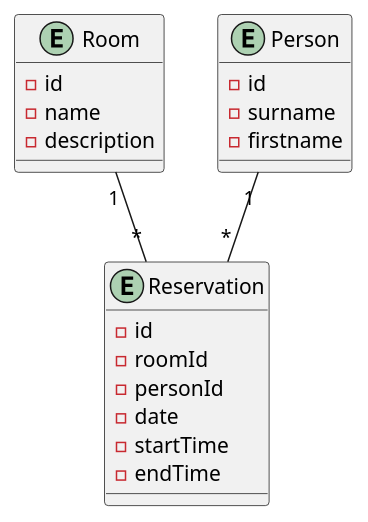
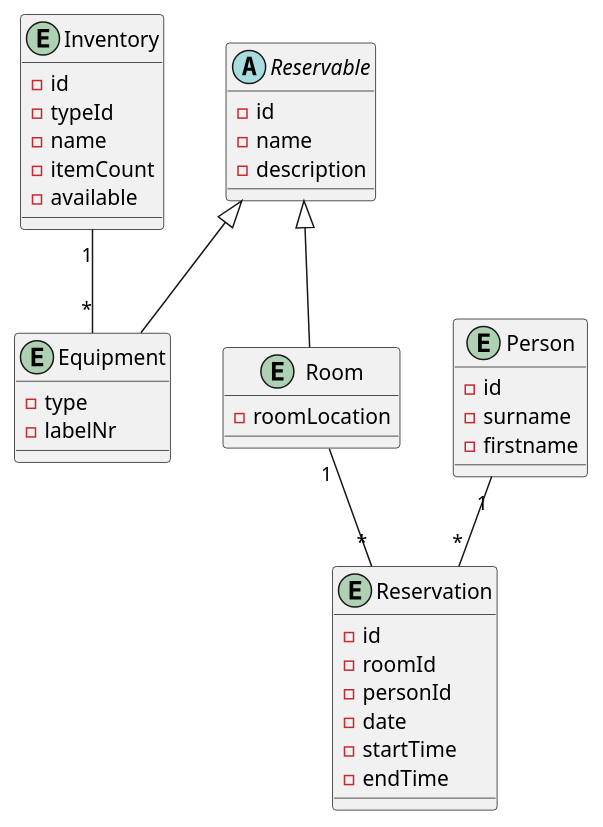
One commit to S-Stoeger/OmniaL changed the diagram in dokument/datenmodel.puml. Above: the diagram before and after it, drawn with PlantUML.

Commit message:
updated data model

```diff
--- a/dokument/datenmodel.puml
+++ b/dokument/datenmodel.puml
@@ -1,30 +1,49 @@
 @startuml
 
-entity Room {
+abstract Reservable {
 - id
 - name
 - description
+}
+
+entity Inventory{
+- id
+- typeId
+- name
+- itemCount
+- available
+}
+
+entity Equipment{
+- type
+- labelNr
+}
+
+entity Room {
+- roomLocation
 }
 
 entity Reservation {
 - id
 - roomId
 - personId
 - date
 - startTime
 - endTime
 }
 
 
 entity Person {
 - id
 - surname
 - firstname
 }
 
 
-
+Reservable <|-- Equipment
+Reservable <|-- Room
 Room "1"--"*" Reservation
 Person "1"--"*" Reservation
+Inventory "1" -- "*" Equipment
 
 @enduml
```
